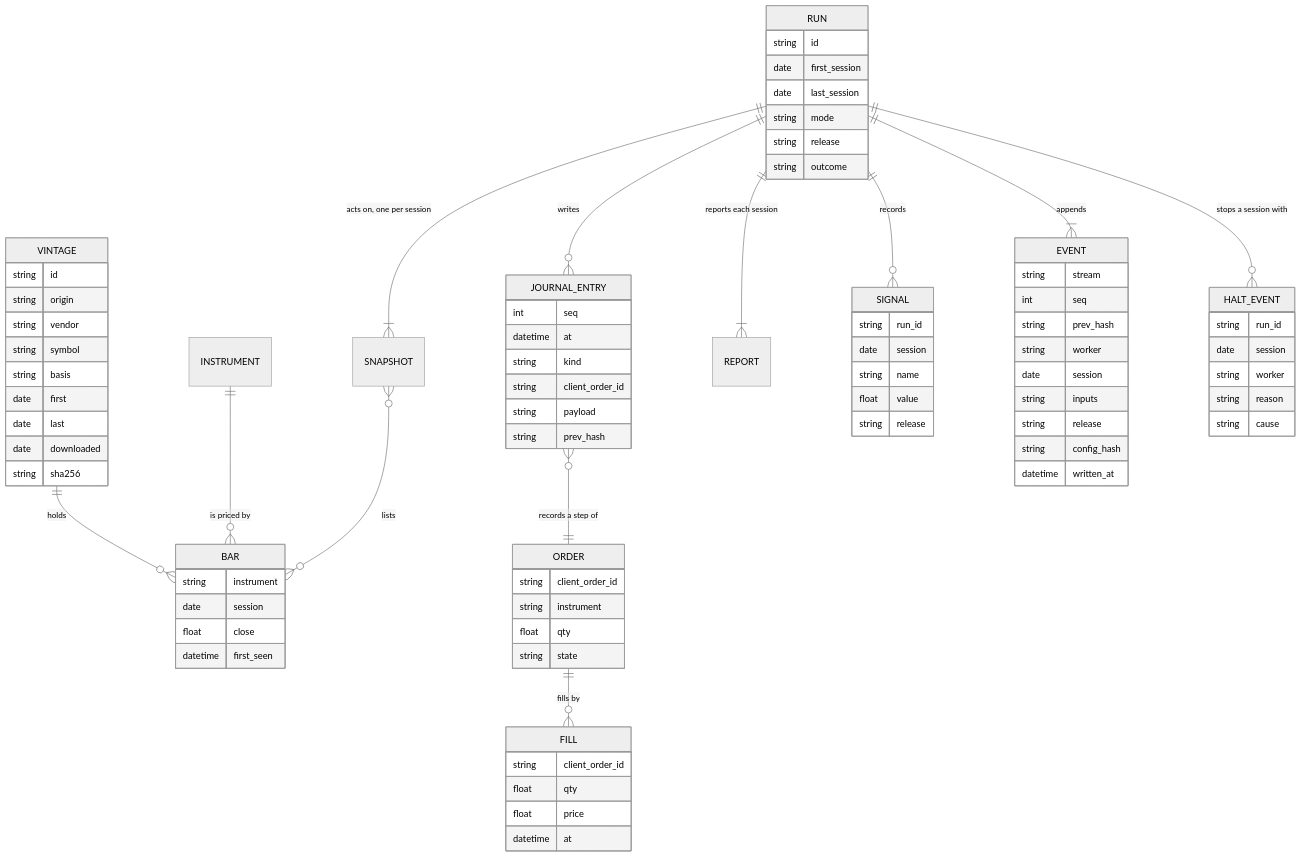
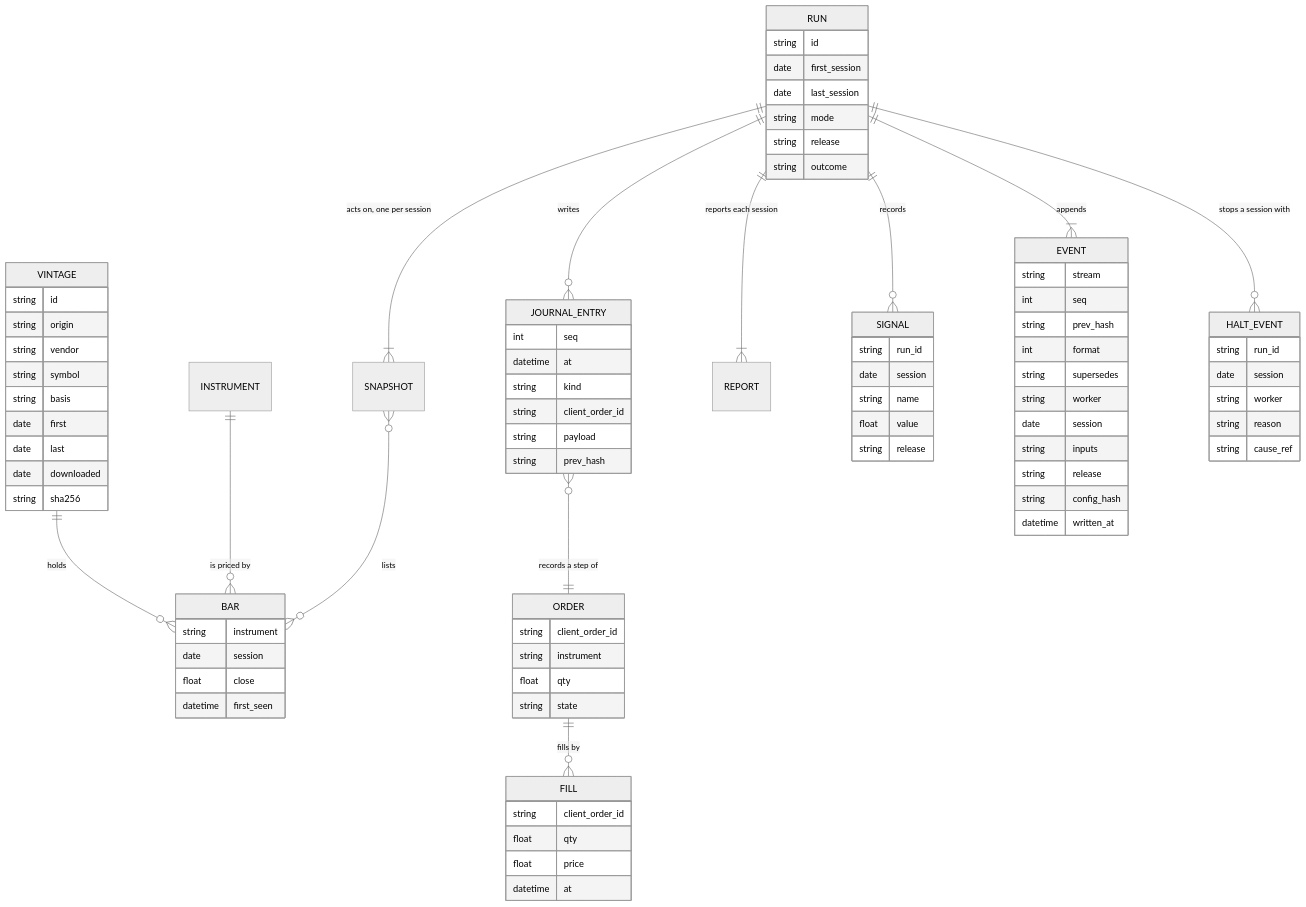
One commit to l3a0/ithildin-runtime changed diagram 14 of 16 in docs/architecture.md. Above: the diagram before and after it, drawn with Mermaid (neutral theme). The commit also changed other lines of this file and 2 other files, not shown here.

```diff
--- a/docs/architecture.md
+++ b/docs/architecture.md
@@ -1248,6 +1275,8 @@
         string stream
         int seq
         string prev_hash
+        int format
+        string supersedes
         string worker
         date session
         string inputs
@@ -1260,7 +1289,7 @@
         date session
         string worker
         string reason
-        string cause
+        string cause_ref
     }
     JOURNAL_ENTRY {
         int seq
```
